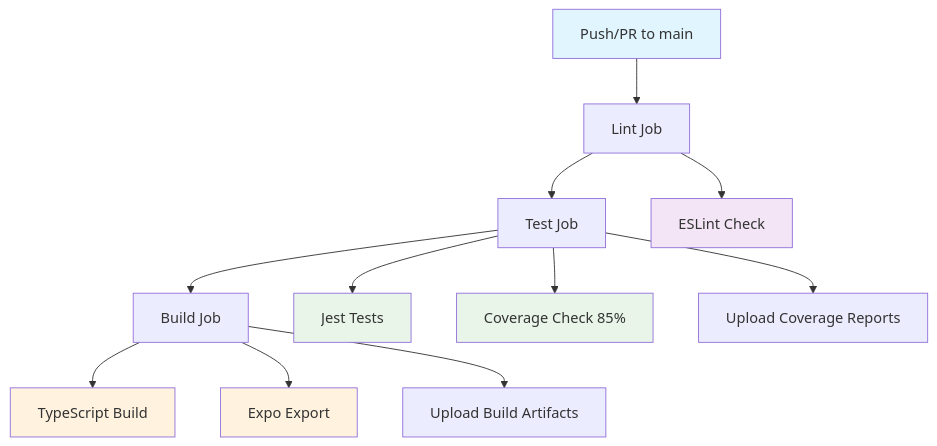
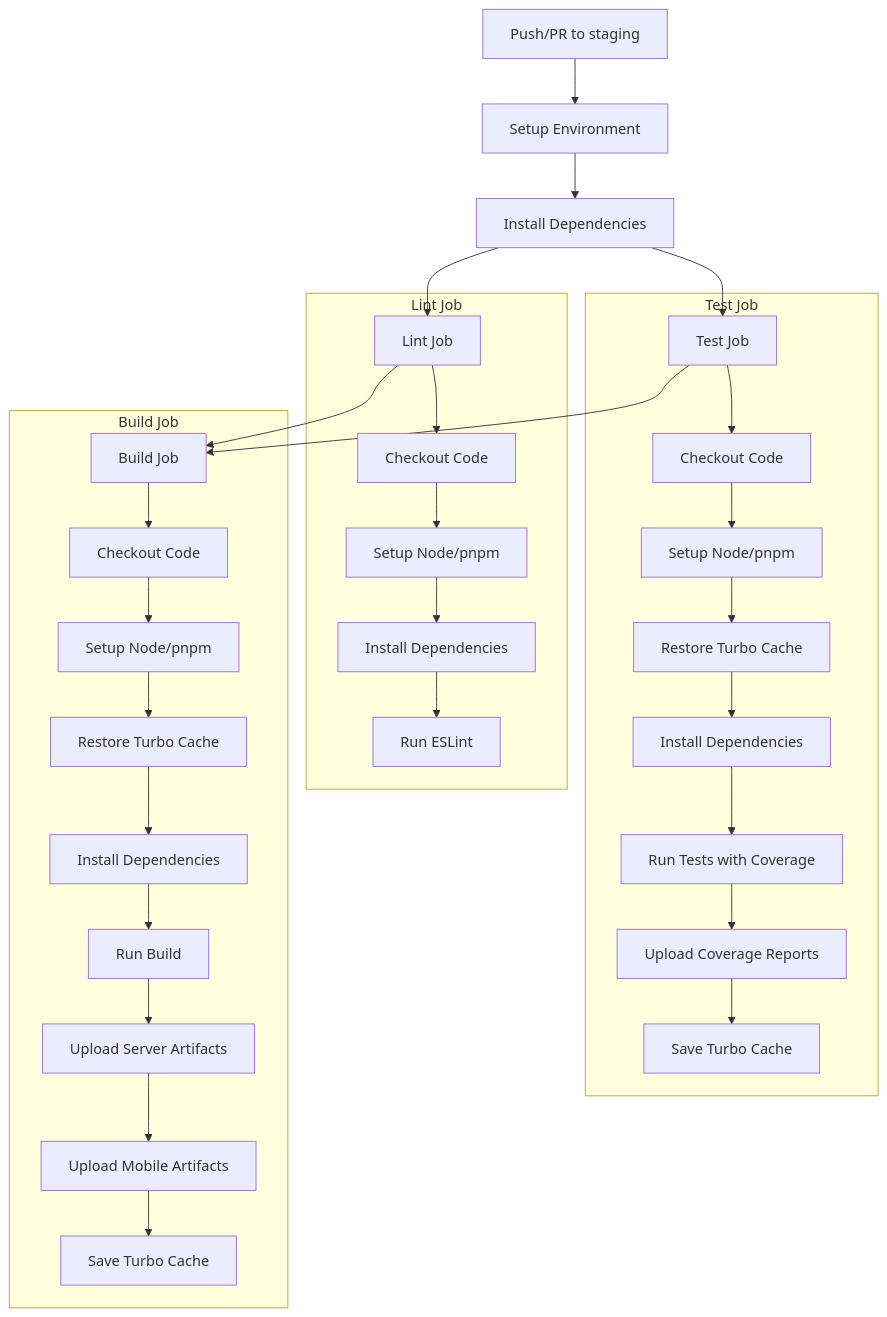
Before and after one commit to jsfs11/MBCC: the diagram in CI_CD_IMPLEMENTATION_SUMMARY.md, drawn with Mermaid. The commit also changed other lines of this file and 13 other files, not shown here.

````diff
--- a/CI_CD_IMPLEMENTATION_SUMMARY.md
+++ b/CI_CD_IMPLEMENTATION_SUMMARY.md
@@ -94,21 +104,40 @@
 ```mermaid
 graph TD
-    A[Push/PR to main] --> B[Lint Job]
-    B --> C[Test Job]
-    C --> D[Build Job]
+    A[Push/PR to staging] --> B[Setup Environment]
+    B --> C[Install Dependencies]
+    C --> D[Lint Job]
+    C --> E[Test Job]
+    D --> F[Build Job]
+    E --> F
     
-    B --> E[ESLint Check]
-    C --> F[Jest Tests]
-    C --> G[Coverage Check 85%]
-    C --> H[Upload Coverage Reports]
-    D --> I[TypeScript Build]
-    D --> J[Expo Export]
-    D --> K[Upload Build Artifacts]
+    subgraph "Lint Job"
+        D1[Checkout Code]
+        D2[Setup Node/pnpm]
+        D3[Install Dependencies]
+        D4[Run ESLint]
+        D --> D1 --> D2 --> D3 --> D4
+    end
     
-    style A fill:#e1f5fe
-    style E fill:#f3e5f5
-    style F fill:#e8f5e8
-    style G fill:#e8f5e8
-    style I fill:#fff3e0
-    style J fill:#fff3e0
+    subgraph "Test Job"
+        E1[Checkout Code]
+        E2[Setup Node/pnpm]
+        E3[Restore Turbo Cache]
+        E4[Install Dependencies]
+        E5[Run Tests with Coverage]
+        E6[Upload Coverage Reports]
+        E7[Save Turbo Cache]
+        E --> E1 --> E2 --> E3 --> E4 --> E5 --> E6 --> E7
+    end
+    
+    subgraph "Build Job"
+        F1[Checkout Code]
+        F2[Setup Node/pnpm]
+        F3[Restore Turbo Cache]
+        F4[Install Dependencies]
+        F5[Run Build]
+        F6[Upload Server Artifacts]
+        F7[Upload Mobile Artifacts]
+        F8[Save Turbo Cache]
+        F --> F1 --> F2 --> F3 --> F4 --> F5 --> F6 --> F7 --> F8
+    end
 ```
````
